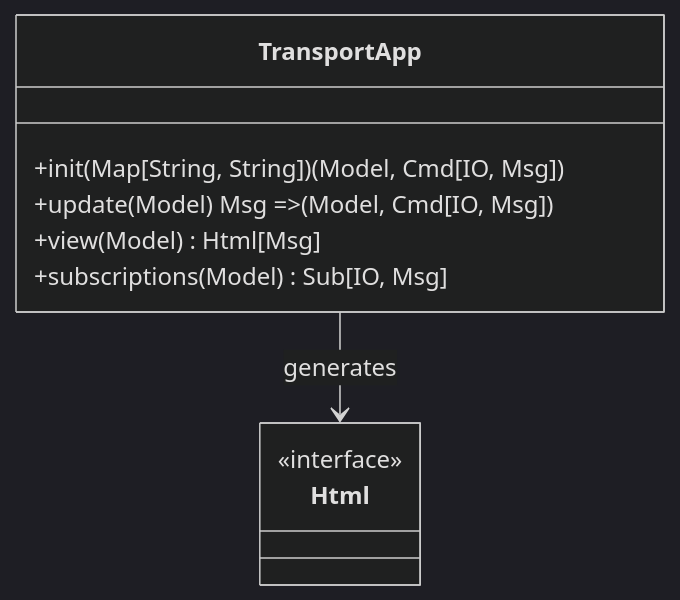
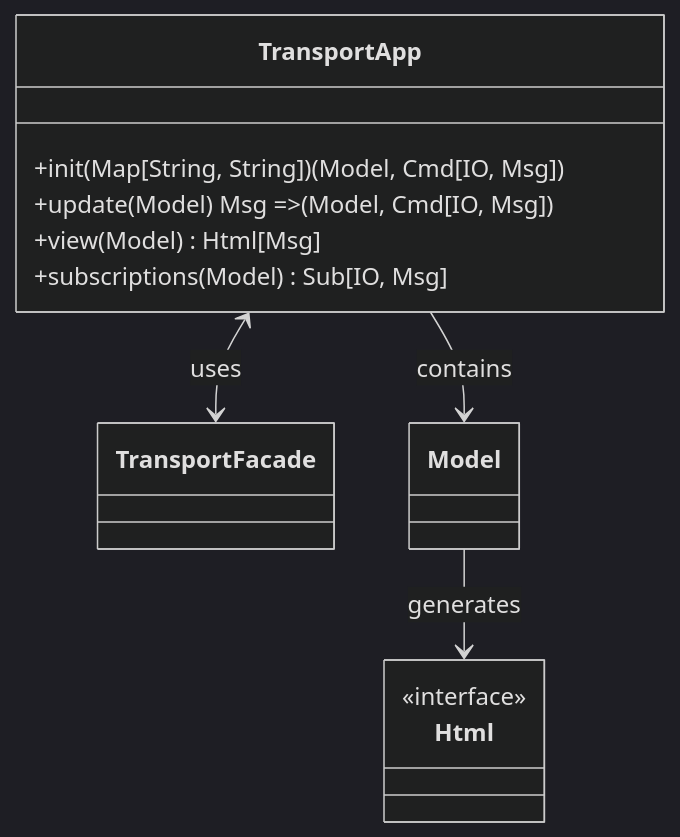
One commit to nicola-ferrarese/Tyrian-Timetable changed the second of 6 diagrams in docs/docs/tutorial-basics/detailed_design.md. Above: the diagram before and after it, drawn with Mermaid (dark theme). The commit also changed other lines of this file and 7 other files, not shown here.

````diff
--- a/docs/docs/tutorial-basics/detailed_design.md
+++ b/docs/docs/tutorial-basics/detailed_design.md
@@ -26,13 +54,15 @@
 ```mermaid
 classDiagram
     class TransportApp {
         +init(Map[String, String]) (Model, Cmd[IO, Msg])
         +update(Model) Msg => (Model, Cmd[IO, Msg])
         +view(Model) Html[Msg]
         +subscriptions(Model) Sub[IO, Msg]
     }
     class Html {
         <<interface>>
     }
-    TransportApp --> Html : generates
+    TransportApp <--> TransportFacade : uses
+    Model --> Html : generates
+    TransportApp --> Model : contains
 ```
````
